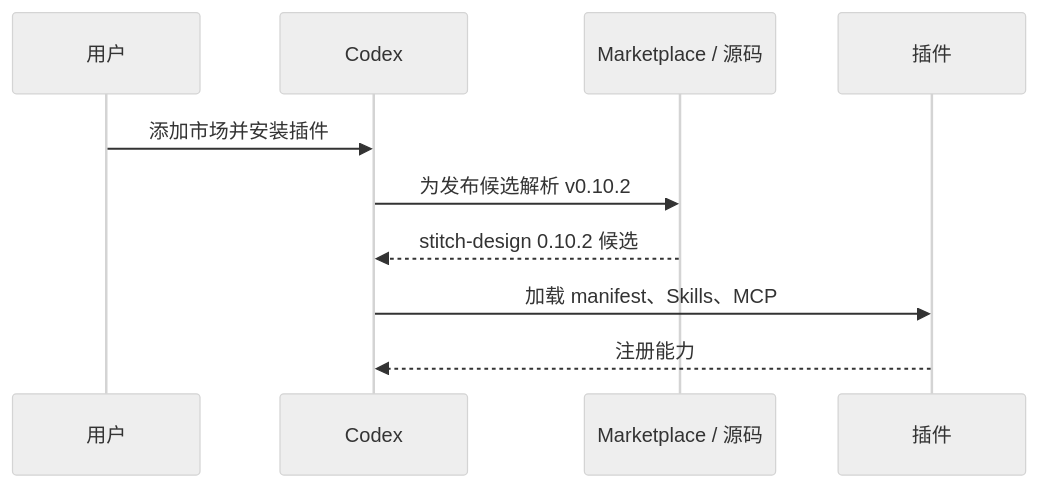
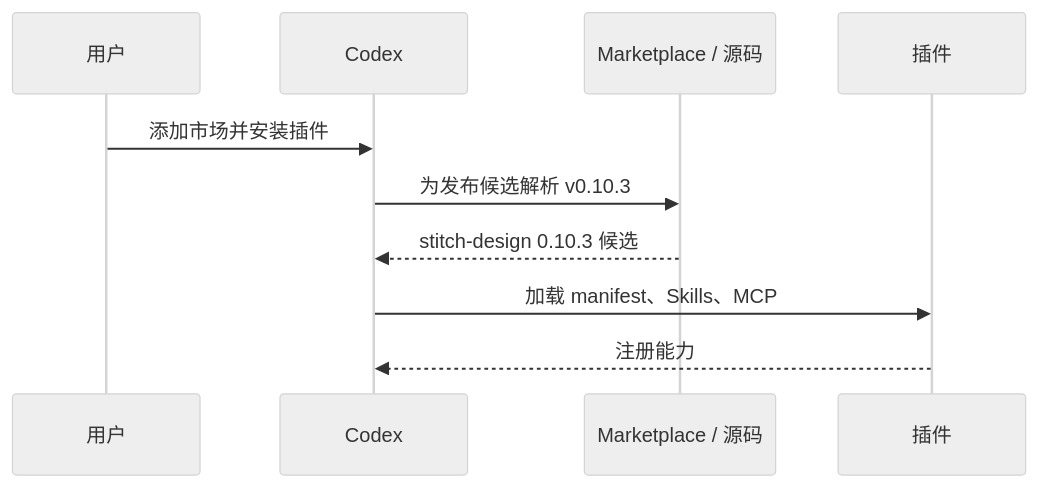
Before and after one commit to full-stack-plugins/stitch-design-plugin: the seventh of 11 diagrams in docs/Stitch-Design-Architecture.zh_CN.md, drawn with Mermaid (neutral theme). The commit also changed other lines of this file and 22 other files, not shown here.

````diff
--- a/docs/Stitch-Design-Architecture.zh_CN.md
+++ b/docs/Stitch-Design-Architecture.zh_CN.md
@@ -173,12 +173,12 @@
 ```mermaid
 sequenceDiagram
     participant U as 用户
     participant C as Codex
     participant M as Marketplace / 源码
     participant P as 插件
     U->>C: 添加市场并安装插件
-    C->>M: 为发布候选解析 v0.10.2
-    M-->>C: stitch-design 0.10.2 候选
+    C->>M: 为发布候选解析 v0.10.3
+    M-->>C: stitch-design 0.10.3 候选
     C->>P: 加载 manifest、Skills、MCP
     P-->>C: 注册能力
 ```
````
